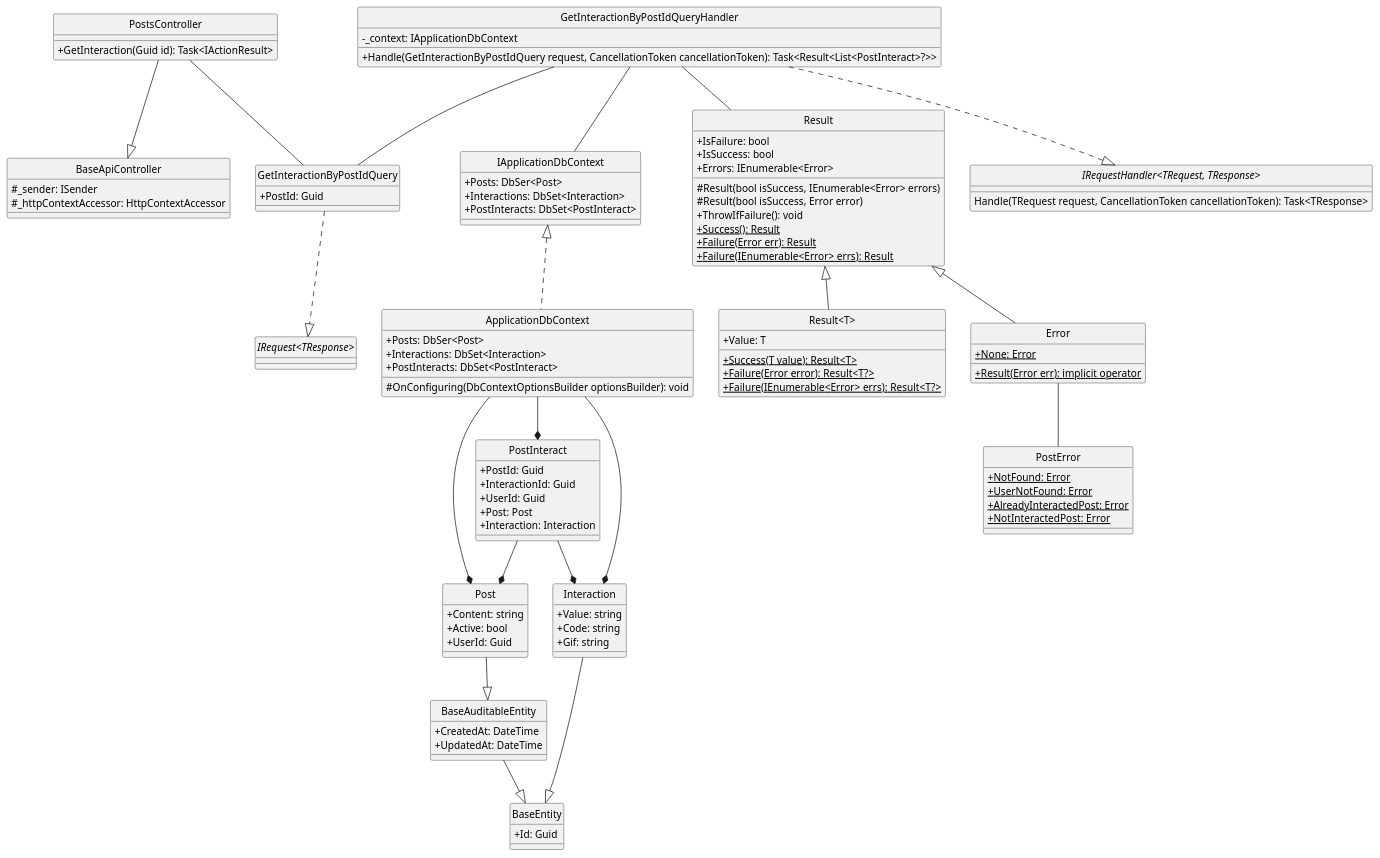
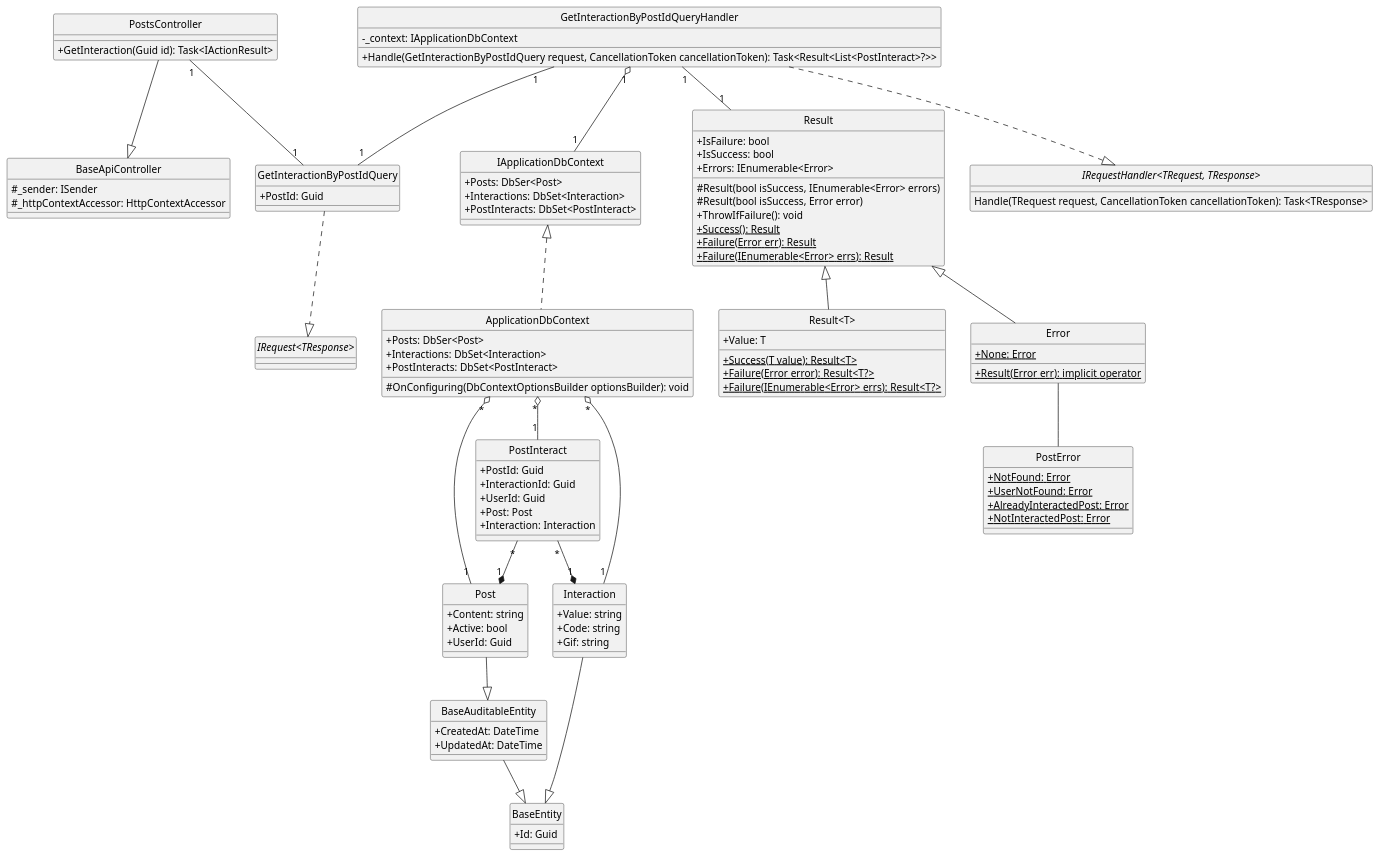
The diagram in docs/Class Diagram/Post/Post/GetPostInteraction/ClassDiagram.plantuml (Carl-Johnsons/Chat-Application), drawn with PlantUML before and after one commit. The commit also changed 21 other files, not shown here.

```diff
--- a/docs/Class Diagram/Post/Post/GetPostInteraction/ClassDiagram.plantuml
+++ b/docs/Class Diagram/Post/Post/GetPostInteraction/ClassDiagram.plantuml
@@ -1,125 +1,125 @@
 @startuml getPostInteraction
 hide circle
 skinparam classAttributeIconSize 0
 
 class BaseApiController {
     #_sender: ISender
     #_httpContextAccessor: HttpContextAccessor
 }
 
 class PostsController {
     +GetInteraction(Guid id): Task<IActionResult>
 }
 
 class GetInteractionByPostIdQuery {
     +PostId: Guid
 }
 
 class GetInteractionByPostIdQueryHandler {
     -_context: IApplicationDbContext
     +Handle(GetInteractionByPostIdQuery request, CancellationToken cancellationToken): Task<Result<List<PostInteract>?>> 
 }
 
 class IApplicationDbContext {
     +Posts: DbSer<Post> 
     +Interactions: DbSet<Interaction>
     +PostInteracts: DbSet<PostInteract>
 }
 
 class ApplicationDbContext {
     +Posts: DbSer<Post> 
     +Interactions: DbSet<Interaction>
     +PostInteracts: DbSet<PostInteract>
     #OnConfiguring(DbContextOptionsBuilder optionsBuilder): void
 }
 
 class Result {
     +IsFailure: bool
     +IsSuccess: bool
     +Errors: IEnumerable<Error>
     #Result(bool isSuccess, IEnumerable<Error> errors)
     #Result(bool isSuccess, Error error)
     +ThrowIfFailure(): void
     +{static} Success(): Result
     +{static} Failure(Error err): Result
     +{static} Failure(IEnumerable<Error> errs): Result
 }
 
 class "Result<T>" {
     +Value: T
     +{static} Success(T value): Result<T>
     +{static} Failure(Error error): Result<T?>
     +{static} Failure(IEnumerable<Error> errs): Result<T?>
 }
 
 class Error {
     +{static} None: Error 
     +{static} Result(Error err): implicit operator
 }
 
 class PostError {
     +{static} NotFound: Error
     +{static} UserNotFound: Error
     +{static} AlreadyInteractedPost: Error
     +{static} NotInteractedPost: Error
 }
 
 class BaseEntity {
     +Id: Guid
 }
 
 class BaseAuditableEntity{
     +CreatedAt: DateTime
     +UpdatedAt: DateTime
 }
 
 class Post {
     +Content: string
     +Active: bool
     +UserId: Guid
 }
 
 class Interaction {
     +Value: string
     +Code: string
     +Gif: string
 }
 
 class PostInteract {
     +PostId: Guid
     +InteractionId: Guid
     +UserId: Guid
     +Post: Post
     +Interaction: Interaction
 }
 
 interface "IRequest<TResponse>"
 interface "IRequestHandler<TRequest, TResponse>"{
     Handle(TRequest request, CancellationToken cancellationToken): Task<TResponse>
 }
 
 '==== Get Post Interaction====
 'API Layer
 PostsController --|> BaseApiController
-PostsController -- GetInteractionByPostIdQuery
+PostsController "1"--"1" GetInteractionByPostIdQuery
 'Application Layer
 GetInteractionByPostIdQuery ..|> "IRequest<TResponse>"
 GetInteractionByPostIdQueryHandler ..|> "IRequestHandler<TRequest, TResponse>"
-GetInteractionByPostIdQueryHandler -- GetInteractionByPostIdQuery
-GetInteractionByPostIdQueryHandler -- Result
-GetInteractionByPostIdQueryHandler -- IApplicationDbContext
+GetInteractionByPostIdQueryHandler "1"--"1" GetInteractionByPostIdQuery
+GetInteractionByPostIdQueryHandler "1"--"1" Result
+GetInteractionByPostIdQueryHandler "1" o--"1" IApplicationDbContext
 'Domain Layer
 Result <|-- Error
 Result <|-- "Result<T>"
 Error -- PostError
 Interaction --|> BaseEntity
 Post --|> BaseAuditableEntity
 BaseAuditableEntity --|> BaseEntity
-PostInteract --* Post
-PostInteract --* Interaction
+PostInteract "*"--*"1" Post
+PostInteract "*"--*"1" Interaction
 'Infrastructure Layer
 IApplicationDbContext <|.. ApplicationDbContext
-ApplicationDbContext --* Post
-ApplicationDbContext --* Interaction
-ApplicationDbContext --* PostInteract
+ApplicationDbContext "*" o--"1" Post
+ApplicationDbContext "*" o--"1" Interaction
+ApplicationDbContext "*" o--"1" PostInteract
 @enduml
```
